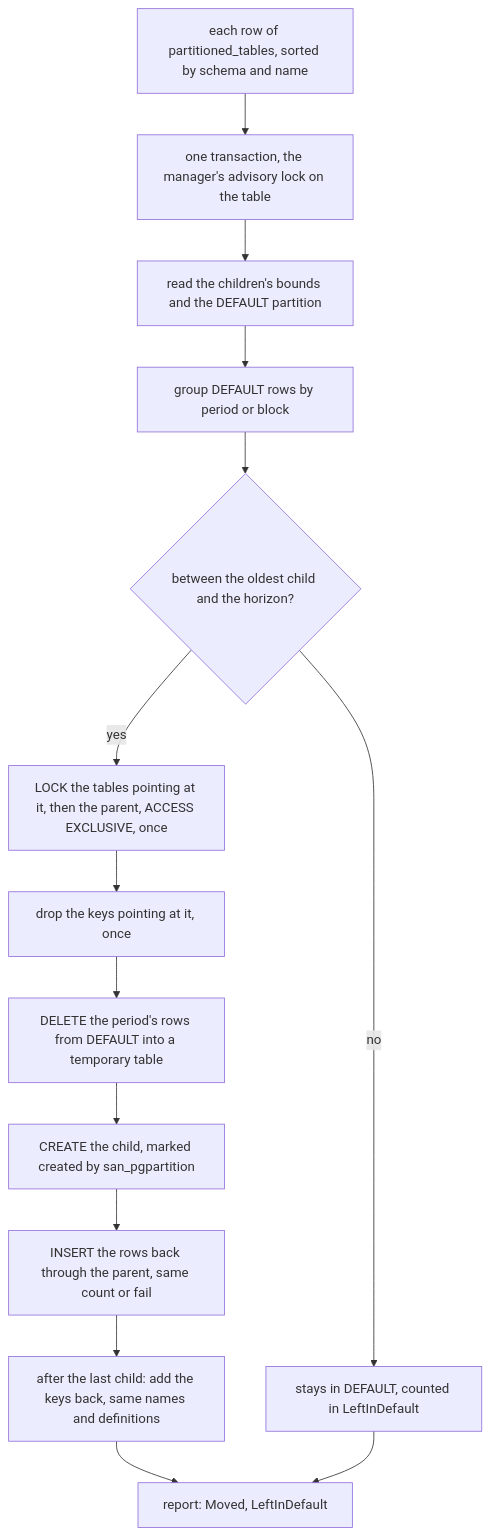
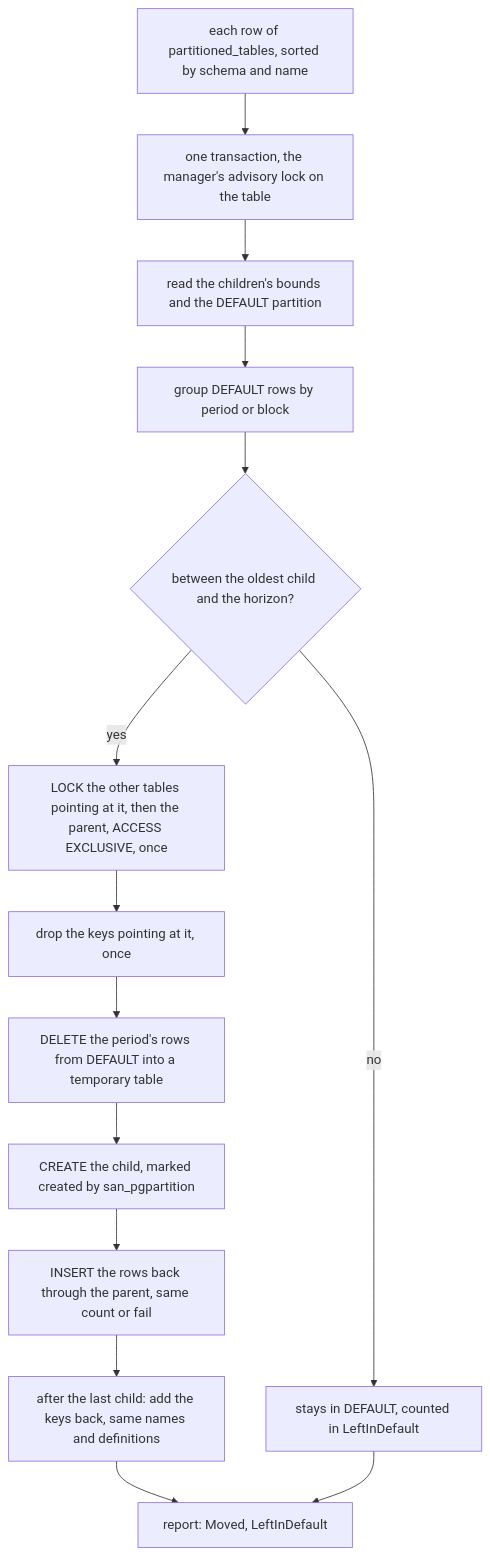
One commit to pdcgo/san_pgpartition changed the third of 9 diagrams in README.md. Above: the diagram before and after it, drawn with Mermaid. The commit also changed other lines of this file and 8 other files, not shown here.

````diff
--- a/README.md
+++ b/README.md
@@ -360,16 +361,16 @@
 ```mermaid
 flowchart TD
   T["each row of partitioned_tables, sorted by schema and name"] --> LK["one transaction, the manager's advisory lock on the table"]
   LK --> RD["read the children's bounds and the DEFAULT partition"]
   RD --> G["group DEFAULT rows by period or block"]
   G --> W{"between the oldest child and the horizon?"}
   W -->|no| ST["stays in DEFAULT, counted in LeftInDefault"]
-  W -->|yes| AX["LOCK the tables pointing at it, then the parent, ACCESS EXCLUSIVE, once"]
+  W -->|yes| AX["LOCK the other tables pointing at it, then the parent, ACCESS EXCLUSIVE, once"]
   AX --> DK["drop the keys pointing at it, once"]
   DK --> MV["DELETE the period's rows from DEFAULT into a temporary table"]
   MV --> CC["CREATE the child, marked created by san_pgpartition"]
   CC --> IB["INSERT the rows back through the parent, same count or fail"]
   IB --> AK["after the last child: add the keys back, same names and definitions"]
   AK --> RP["report: Moved, LeftInDefault"]
   ST --> RP
 ```
````
